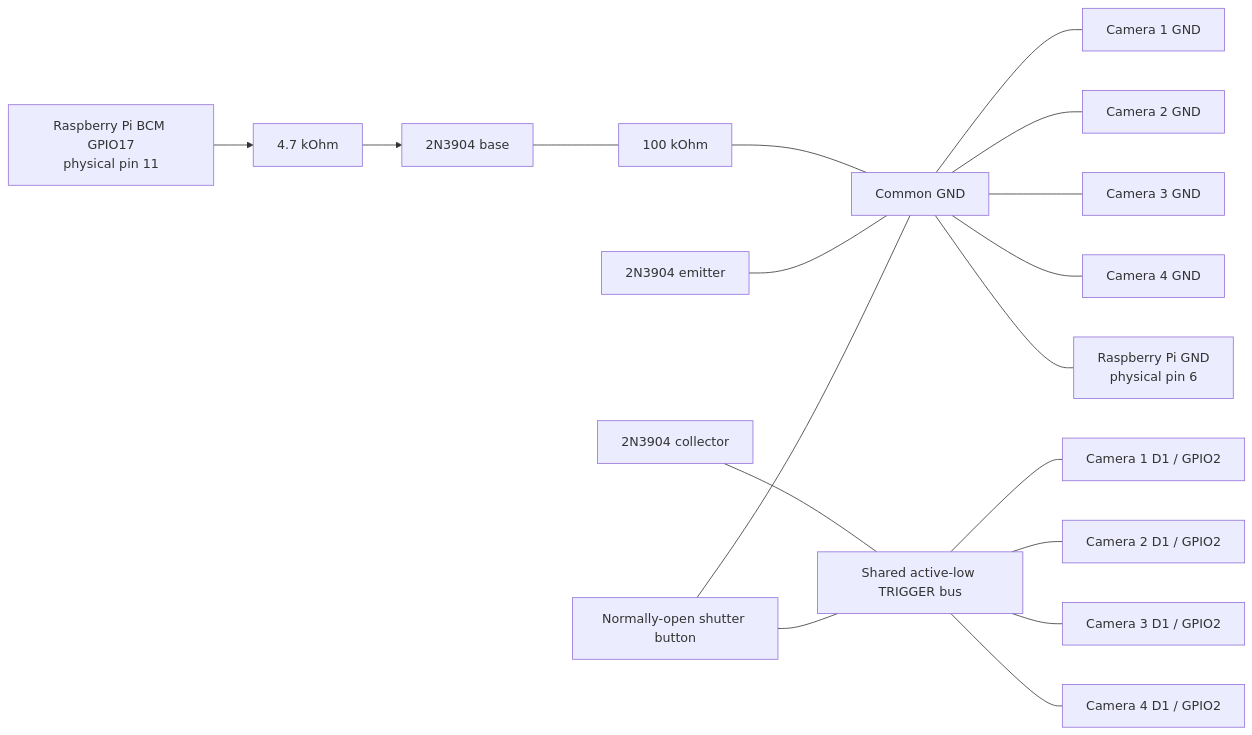
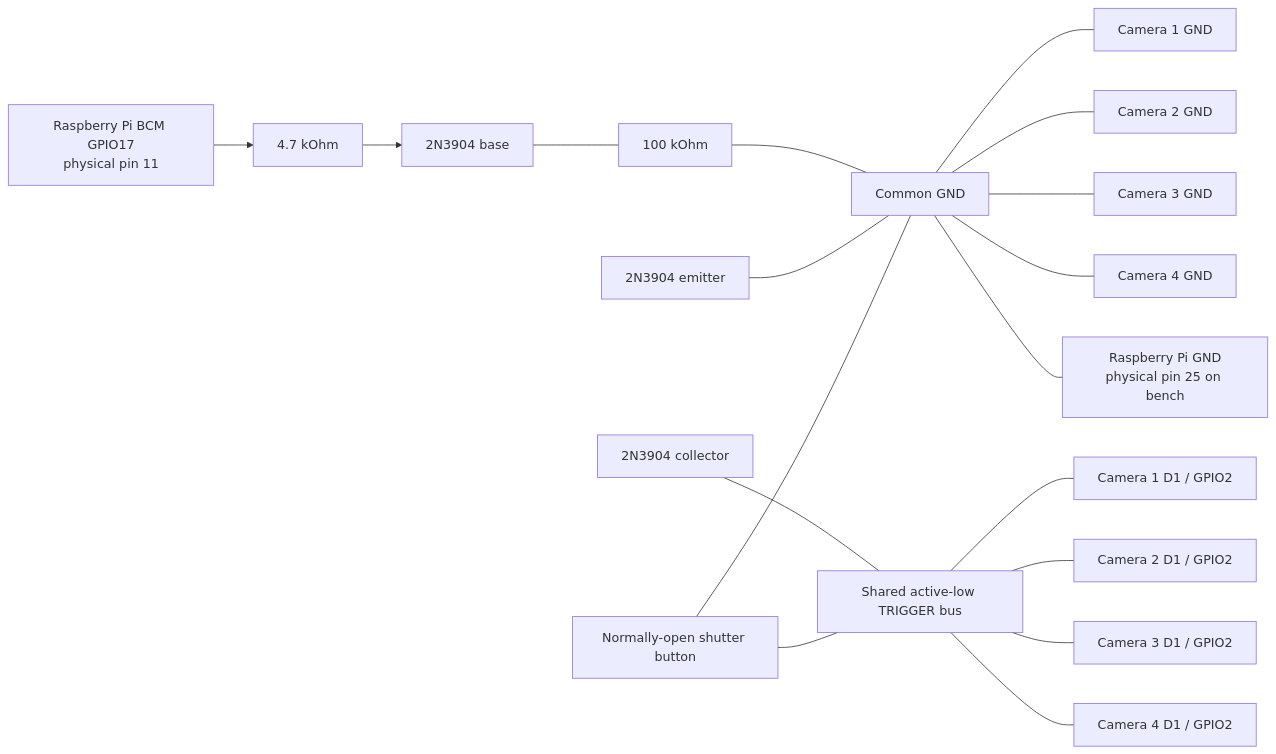
Before and after one commit to TylerMiddendorf/bullet-time-cam: the diagram in docs/TRIGGER_CIRCUIT.md, drawn with Mermaid. The commit also changed other lines of this file and 11 other files, not shown here.

````diff
--- a/docs/TRIGGER_CIRCUIT.md
+++ b/docs/TRIGGER_CIRCUIT.md
@@ -42,24 +42,24 @@
 ```mermaid
 flowchart LR
   PI17["Raspberry Pi BCM GPIO17<br/>physical pin 11"] --> R47["4.7 kOhm"]
   R47 --> BASE["2N3904 base"]
   BASE --- R100["100 kOhm"]
   R100 --- GND["Common GND"]
 
   EMITTER["2N3904 emitter"] --- GND
   COLLECTOR["2N3904 collector"] --- TRIG["Shared active-low TRIGGER bus"]
 
   BTN["Normally-open shutter button"] --- TRIG
   BTN --- GND
 
   TRIG --- C1["Camera 1 D1 / GPIO2"]
   TRIG --- C2["Camera 2 D1 / GPIO2"]
   TRIG --- C3["Camera 3 D1 / GPIO2"]
   TRIG --- C4["Camera 4 D1 / GPIO2"]
 
   GND --- C1G["Camera 1 GND"]
   GND --- C2G["Camera 2 GND"]
   GND --- C3G["Camera 3 GND"]
   GND --- C4G["Camera 4 GND"]
-  GND --- PIG["Raspberry Pi GND<br/>physical pin 6"]
+  GND --- PIG["Raspberry Pi GND<br/>physical pin 25 on bench"]
 ```
````
